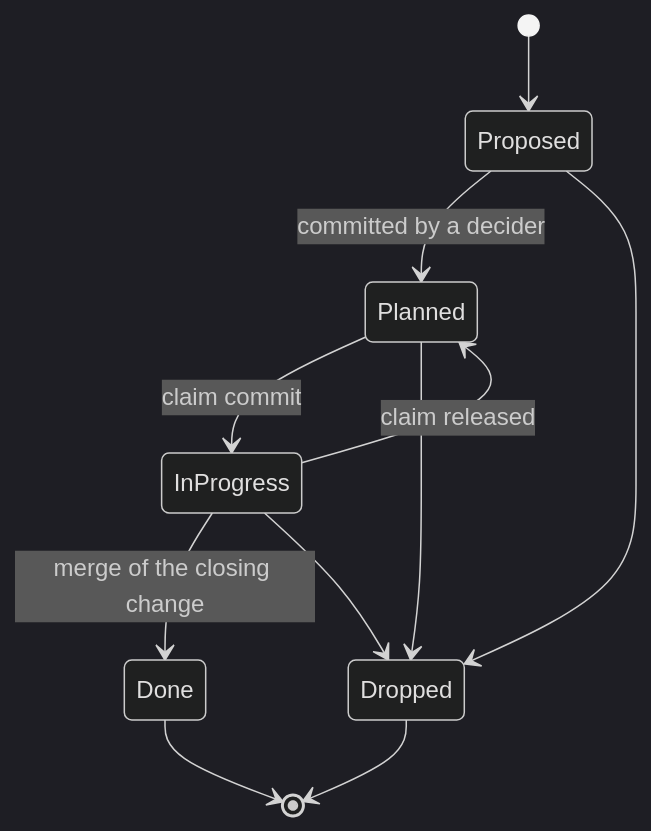
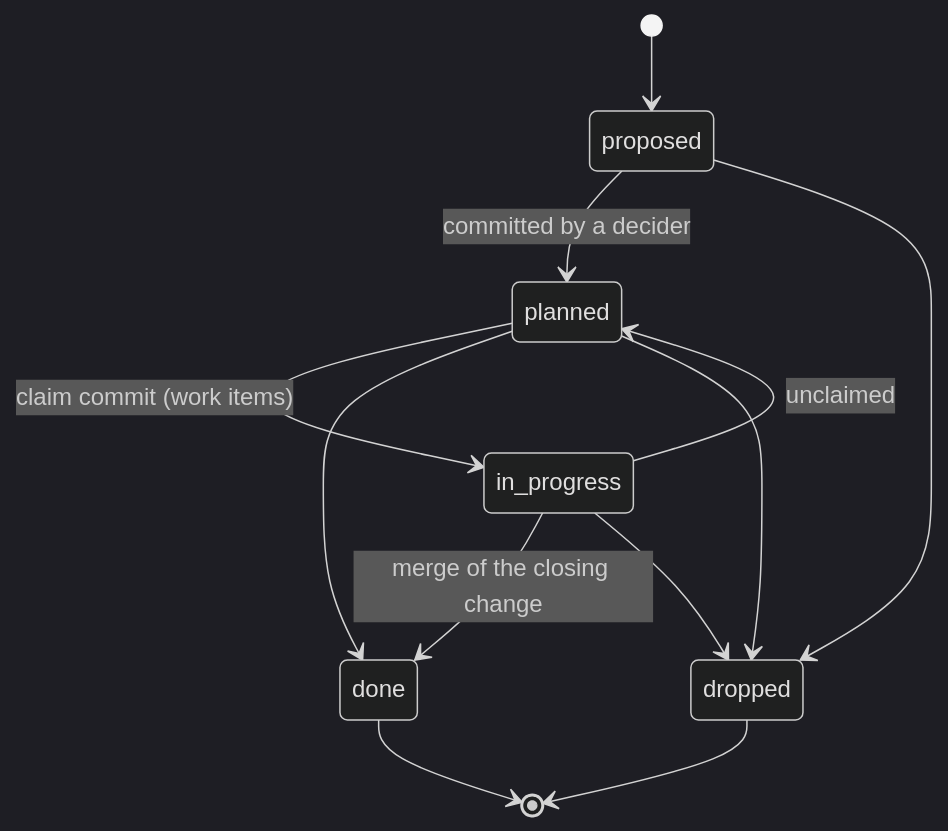
One commit to arobison/human-in-the-lead changed the diagram in docs/design/0001-human-in-the-lead/03-data-model.md. Above: the diagram before and after it, drawn with Mermaid (dark theme). The commit also changed other lines of this file and 190 other files, not shown here.

````diff
--- a/docs/design/0001-human-in-the-lead/03-data-model.md
+++ b/docs/design/0001-human-in-the-lead/03-data-model.md
@@ -128,13 +128,14 @@
 ```mermaid
 stateDiagram-v2
-  [*] --> Proposed
-  Proposed --> Planned: committed by a decider
-  Proposed --> Dropped
-  Planned --> InProgress: claim commit
-  InProgress --> Done: merge of the closing change
-  InProgress --> Planned: claim released
-  Planned --> Dropped
-  InProgress --> Dropped
-  Done --> [*]
-  Dropped --> [*]
+  [*] --> proposed
+  proposed --> planned: committed by a decider
+  proposed --> dropped
+  planned --> in_progress: claim commit (work items)
+  in_progress --> done: merge of the closing change
+  in_progress --> planned: unclaimed
+  planned --> done
+  planned --> dropped
+  in_progress --> dropped
+  done --> [*]
+  dropped --> [*]
 ```
````
